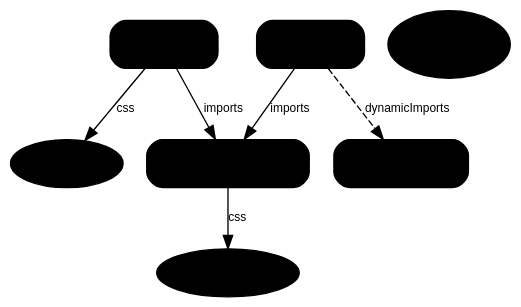
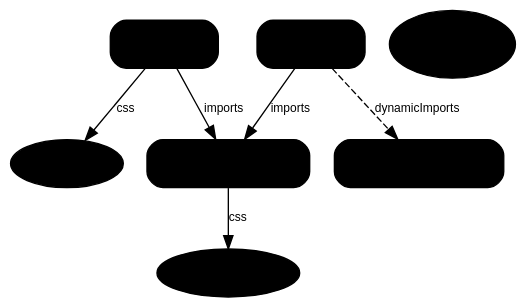
The diagram in docs/guide/backend-integration.md (vitejs/docs-es), drawn with Graphviz before and after one commit. The commit also changed 1 other file, not shown here.

Commit message:
fix(i18n): translate graph labels to Spanish

````diff
--- a/docs/guide/backend-integration.md
+++ b/docs/guide/backend-integration.md
@@ -110,22 +110,22 @@
    ```dot
    digraph manifest {
      rankdir=TB
      node [shape=box style="rounded,filled" fontname="Arial" fontsize=10 margin="0.2,0.1" fontcolor="${#3c3c43|#ffffff}" color="${#c2c2c4|#3c3f44}"]
      edge [color="${#67676c|#98989f}" fontname="Arial" fontsize=9 fontcolor="${#67676c|#98989f}"]
      bgcolor="transparent"
 
-     foo [label="views/foo.js\n(entry)" fillcolor="${#e9eaff|#222541}"]
-     bar [label="views/bar.js\n(entry)" fillcolor="${#e9eaff|#222541}"]
-     shared [label="_shared-B7PI925R.js\n(common chunk)" fillcolor="${#f2ecfc|#2c273e}"]
-     baz [label="baz.js\n(dynamic import)" fillcolor="${#fcf4dc|#38301a}"]
+     foo [label="views/foo.js\n(entrada)" fillcolor="${#e9eaff|#222541}"]
+     bar [label="views/bar.js\n(entrada)" fillcolor="${#e9eaff|#222541}"]
+     shared [label="_shared-B7PI925R.js\n(fragmento común)" fillcolor="${#f2ecfc|#2c273e}"]
+     baz [label="baz.js\n(importación dinámica)" fillcolor="${#fcf4dc|#38301a}"]
      foocss [label="foo.css" shape=ellipse fillcolor="${#fde4e8|#3a1d27}"]
      sharedcss [label="shared.css" shape=ellipse fillcolor="${#fde4e8|#3a1d27}"]
-     logo [label="logo.svg\n(asset)" shape=ellipse fillcolor="${#def5ed|#15312d}"]
+     logo [label="logo.svg\n(recurso)" shape=ellipse fillcolor="${#def5ed|#15312d}"]
 
      foo -> shared [label="imports"]
      bar -> shared [label="imports"]
      bar -> baz [label="dynamicImports" style=dashed]
      foo -> foocss [label="css"]
      shared -> sharedcss [label="css"]
    }
    ```
````
